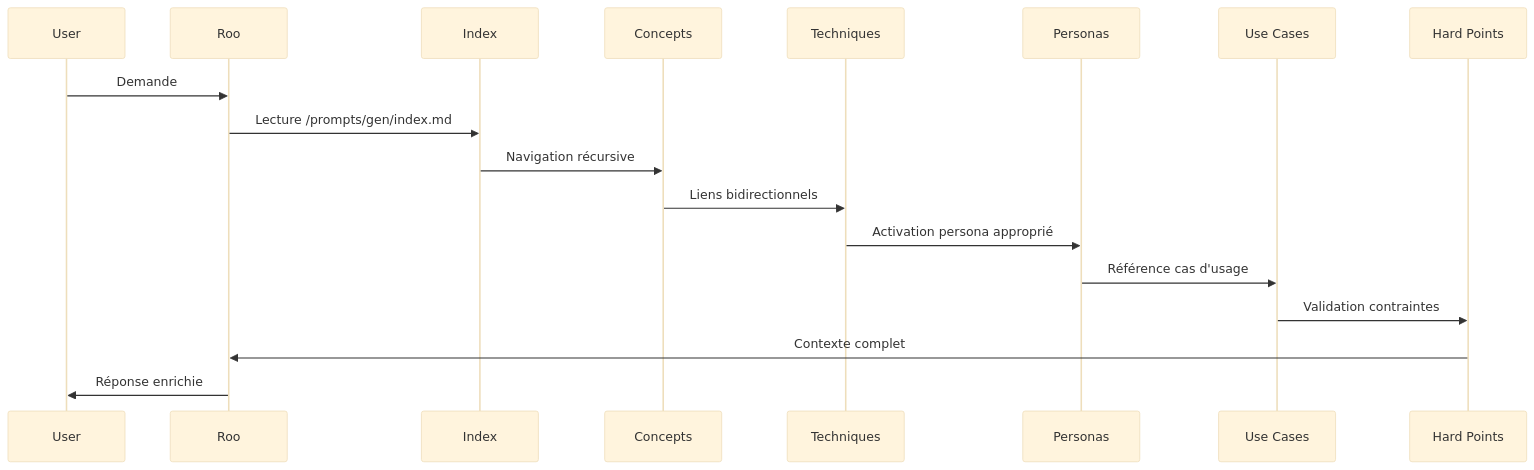
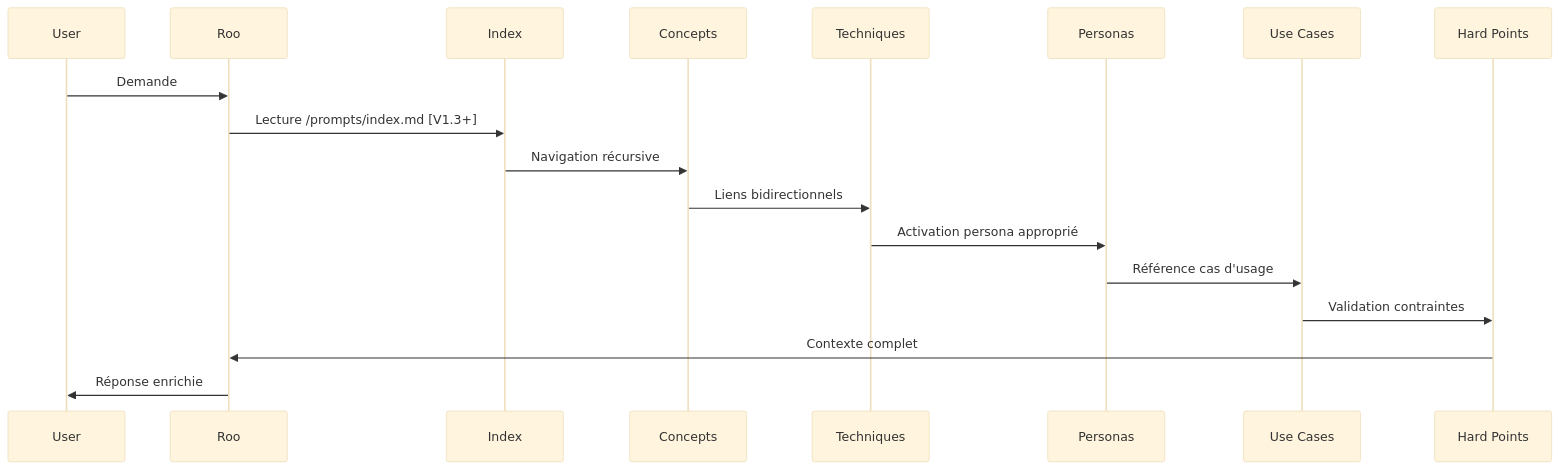
Before and after one commit to lcalmejane/aikido: the diagram in CLAUDE.md, drawn with Mermaid (base theme). The commit also changed other lines of this file and 216 other files, not shown here.

````diff
--- a/CLAUDE.md
+++ b/CLAUDE.md
@@ -365,12 +33,12 @@
 ```mermaid
 sequenceDiagram
     User->>Roo: Demande
-    Roo->>Index: Lecture /prompts/gen/index.md
+    Roo->>Index: Lecture /prompts/index.md [V1.3+]
     Index->>Concepts: Navigation récursive
     Concepts->>Techniques: Liens bidirectionnels
     Techniques->>Personas: Activation persona approprié
     Personas->>Use Cases: Référence cas d'usage
     Use Cases->>Hard Points: Validation contraintes
     Hard Points->>Roo: Contexte complet
     Roo->>User: Réponse enrichie
 ```
````
